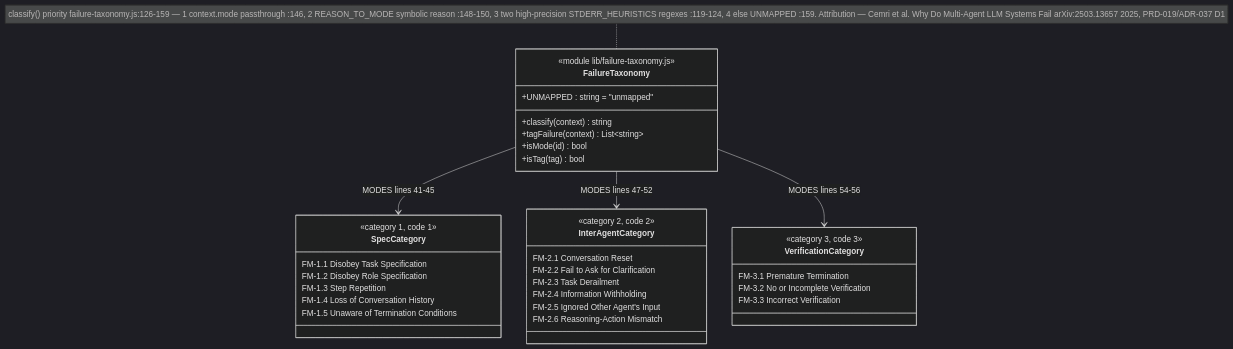
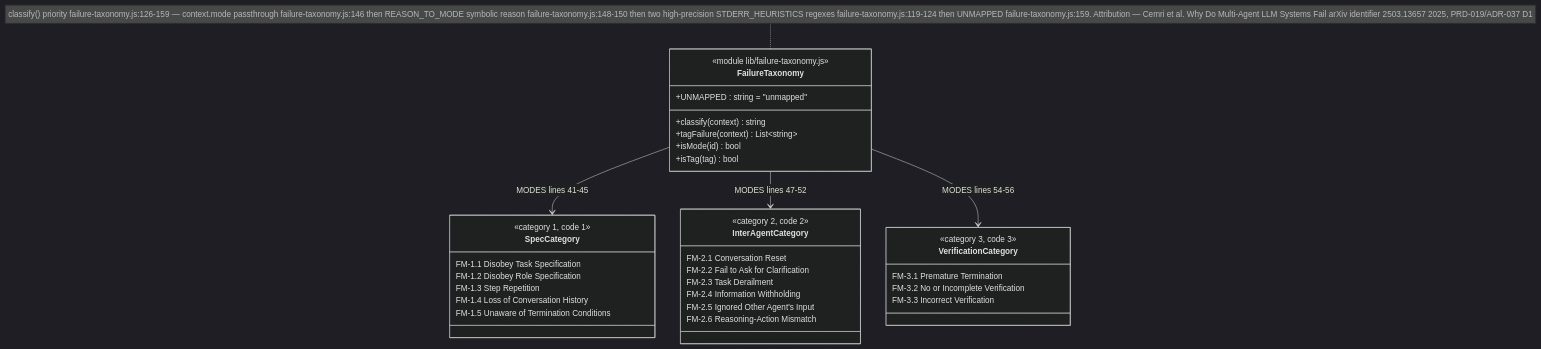
The tenth of 14 diagrams in docs/diagrams/agentbox/14-governance-journal-actions-approvals.md (DreamLab-AI/VisionFlow), drawn with Mermaid (dark theme) before and after one commit. The commit also changed other lines of this file and 7 other files, not shown here.

Commit message:
docs(diagrams): bind closeout security and retrieval flows to source

````diff
--- a/docs/diagrams/agentbox/14-governance-journal-actions-approvals.md
+++ b/docs/diagrams/agentbox/14-governance-journal-actions-approvals.md
@@ -408,38 +410,38 @@
 ```mermaid
 classDiagram
     class FailureTaxonomy {
         <<module lib/failure-taxonomy.js>>
         +UNMAPPED : string = "unmapped"
         +classify(context) string
         +tagFailure(context) List~string~
         +isMode(id) bool
         +isTag(tag) bool
     }
     class SpecCategory {
         <<category 1, code 1>>
         FM-1.1 Disobey Task Specification
         FM-1.2 Disobey Role Specification
         FM-1.3 Step Repetition
         FM-1.4 Loss of Conversation History
         FM-1.5 Unaware of Termination Conditions
     }
     class InterAgentCategory {
         <<category 2, code 2>>
         FM-2.1 Conversation Reset
         FM-2.2 Fail to Ask for Clarification
         FM-2.3 Task Derailment
         FM-2.4 Information Withholding
         FM-2.5 Ignored Other Agent's Input
         FM-2.6 Reasoning-Action Mismatch
     }
     class VerificationCategory {
         <<category 3, code 3>>
         FM-3.1 Premature Termination
         FM-3.2 No or Incomplete Verification
         FM-3.3 Incorrect Verification
     }
     FailureTaxonomy --> SpecCategory : MODES lines 41-45
     FailureTaxonomy --> InterAgentCategory : MODES lines 47-52
     FailureTaxonomy --> VerificationCategory : MODES lines 54-56
-    note for FailureTaxonomy "classify() priority failure-taxonomy.js:126-159 — 1 context.mode passthrough :146, 2 REASON_TO_MODE symbolic reason :148-150, 3 two high-precision STDERR_HEURISTICS regexes :119-124, 4 else UNMAPPED :159. Attribution — Cemri et al. Why Do Multi-Agent LLM Systems Fail arXiv:2503.13657 2025, PRD-019/ADR-037 D1"
+    note for FailureTaxonomy "classify() priority failure-taxonomy.js:126-159 — context.mode passthrough failure-taxonomy.js:146 then REASON_TO_MODE symbolic reason failure-taxonomy.js:148-150 then two high-precision STDERR_HEURISTICS regexes failure-taxonomy.js:119-124 then UNMAPPED failure-taxonomy.js:159. Attribution — Cemri et al. Why Do Multi-Agent LLM Systems Fail arXiv identifier 2503.13657 2025, PRD-019/ADR-037 D1"
 ```
````
